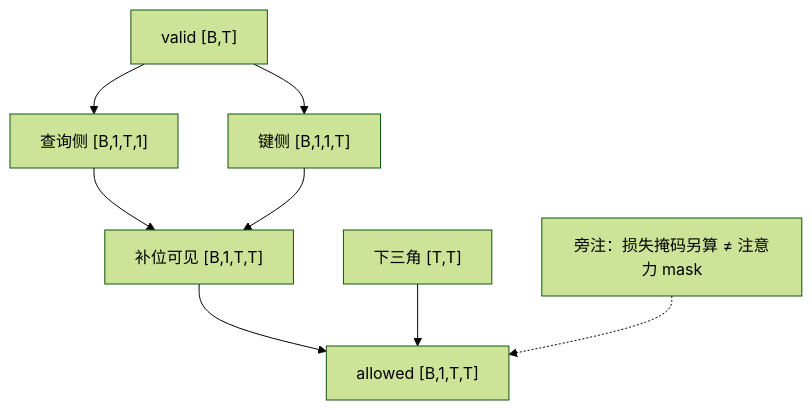
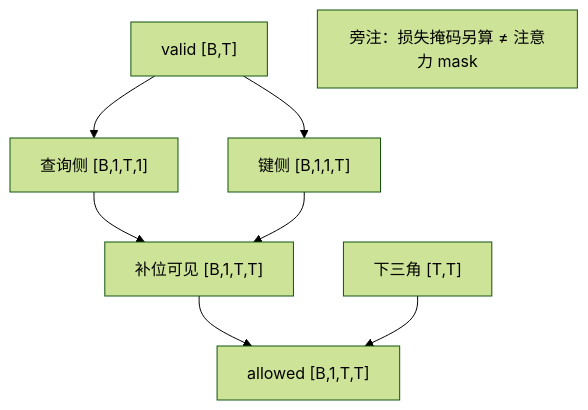
Before and after one commit to cluster1900/zero2llm: the third of 4 diagrams in chapters/03_qkv_self_attention.md, drawn with Mermaid (forest theme). The commit also changed 8 other files, not shown here.

````diff
--- a/chapters/03_qkv_self_attention.md
+++ b/chapters/03_qkv_self_attention.md
@@ -178,13 +178,13 @@
 ```mermaid
 flowchart TD
     %% id: ch03-mask-broadcast
     accTitle: 因果掩码与补位掩码先广播再取与，得到 [B,1,T,T]
     accDescr: valid 形状 [B,T]；查询侧扩成 [B,1,T,1]、键侧扩成 [B,1,1,T]，再与下三角 [T,T] 取与，得到 [B,1,T,T]。损失掩码另算，不能用注意力 mask 代替。
     A["valid [B,T]"] --> Q["查询侧 [B,1,T,1]"]
     A --> K["键侧 [B,1,1,T]"]
     Q --> P["补位可见 [B,1,T,T]"]
     K --> P
     P --> F["allowed [B,1,T,T]"]
     T["下三角 [T,T]"] --> F
-    N["旁注：损失掩码另算 ≠ 注意力 mask"] -.-> F
+    N["旁注：损失掩码另算 ≠ 注意力 mask"]
 ```
````
